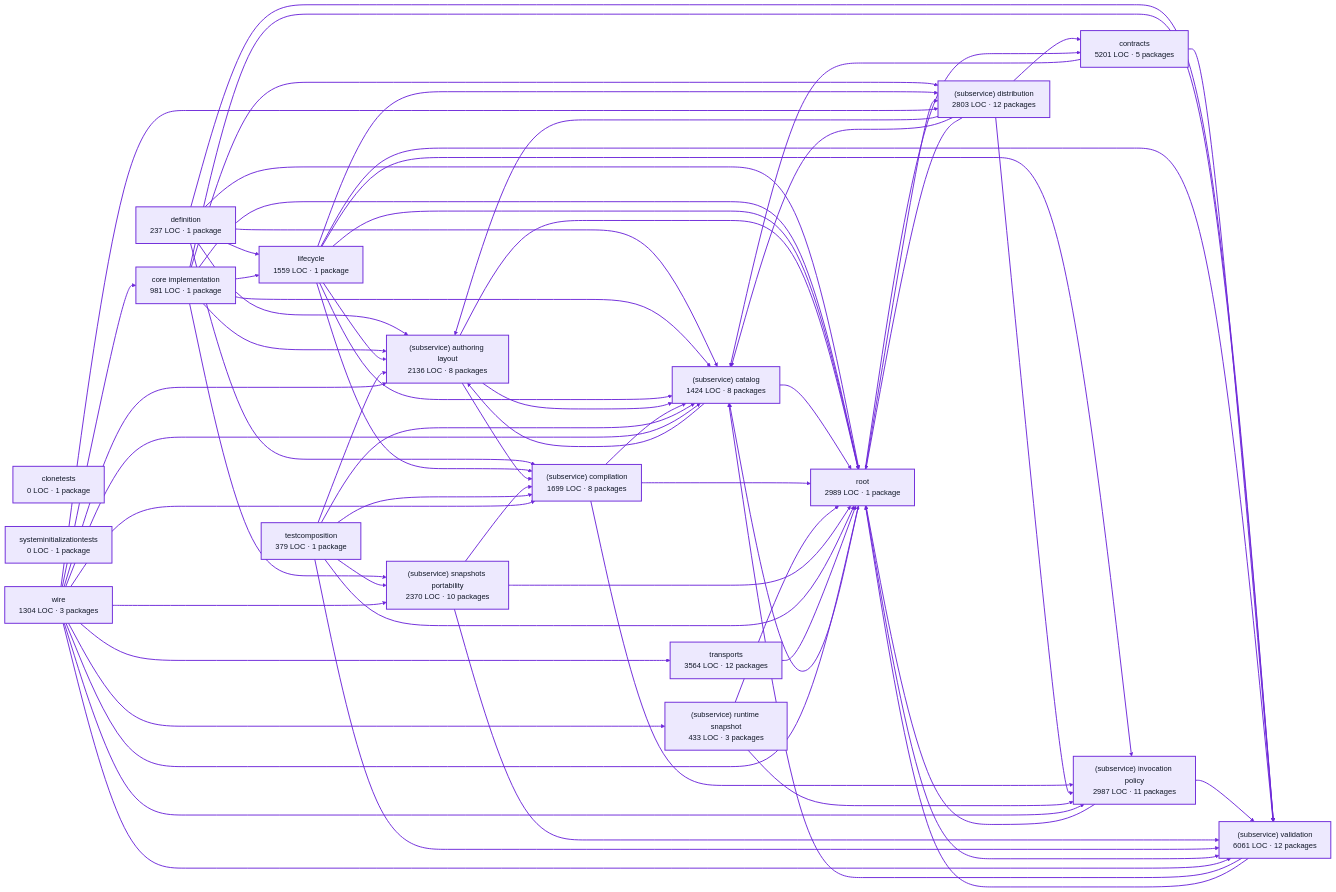
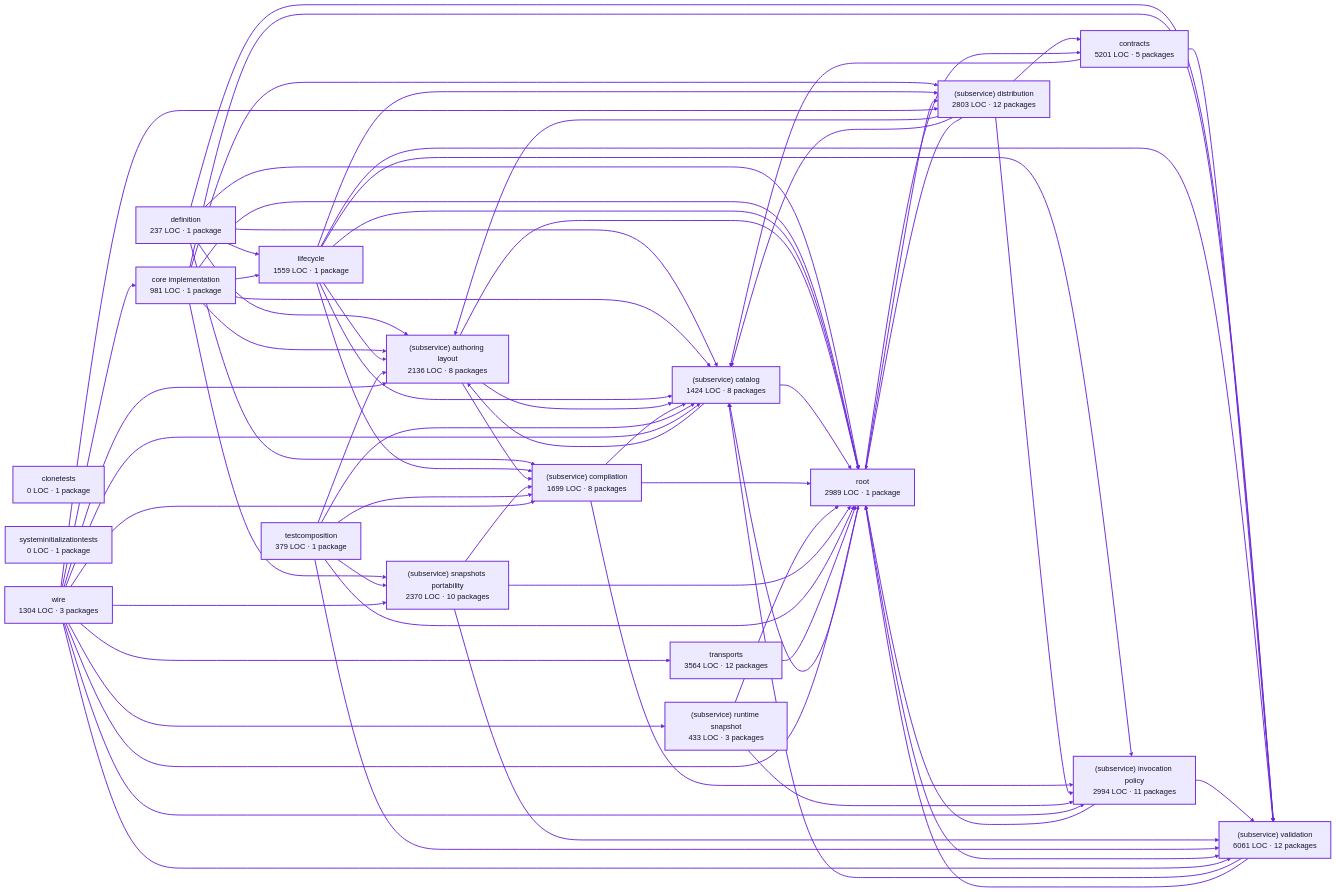
Before and after one commit to portpowered/you-agent-factory: the diagram in docs/architecture/visualizations/services/factory_definitions.md, drawn with Mermaid (neutral theme). The commit also changed other lines of this file and 20 other files, not shown here.

Commit message:
docs: refresh backend architecture visualizations

```diff
--- a/docs/architecture/visualizations/services/factory_definitions.md
+++ b/docs/architecture/visualizations/services/factory_definitions.md
@@ -19,7 +19,7 @@
   p6["(subservice) catalog<br/>1424 LOC · 8 packages"]
   p7["(subservice) compilation<br/>1699 LOC · 8 packages"]
   p8["(subservice) distribution<br/>2803 LOC · 12 packages"]
-  p9["(subservice) invocation policy<br/>2987 LOC · 11 packages"]
+  p9["(subservice) invocation policy<br/>2994 LOC · 11 packages"]
   p10["(subservice) runtime snapshot<br/>433 LOC · 3 packages"]
   p11["(subservice) snapshots portability<br/>2370 LOC · 10 packages"]
   p12["(subservice) validation<br/>6061 LOC · 12 packages"]
```
